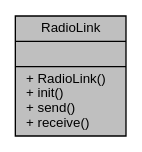
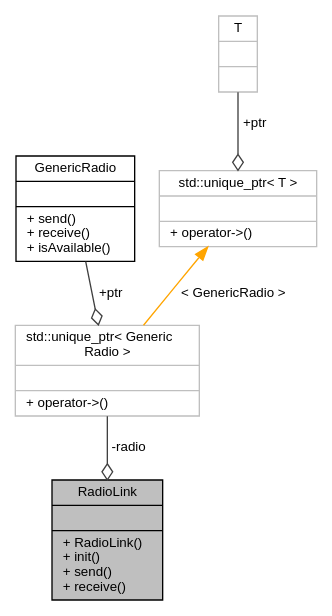
Before and after one commit to RoboJackets/robocup-firmware: the diagram in class_radio_link__coll__graph.dot, drawn with Graphviz. The commit also changed 1115 other files, not shown here.

```diff
--- a/class_radio_link__coll__graph.dot
+++ b/class_radio_link__coll__graph.dot
@@ -1,6 +1,14 @@
 digraph "RadioLink"
 {
   edge [fontname="Helvetica",fontsize="10",labelfontname="Helvetica",labelfontsize="10"];
   node [fontname="Helvetica",fontsize="10",shape=record];
   Node1 [label="{RadioLink\n||+ RadioLink()\l+ init()\l+ send()\l+ receive()\l}",height=0.2,width=0.4,color="black", fillcolor="grey75", style="filled", fontcolor="black"];
+  Node2 -> Node1 [color="grey25",fontsize="10",style="solid",label=" -radio" ,arrowhead="odiamond",fontname="Helvetica"];
+  Node2 [label="{std::unique_ptr\< Generic\lRadio \>\n||+ operator-\>()\l}",height=0.2,width=0.4,color="grey75", fillcolor="white", style="filled"];
+  Node3 -> Node2 [color="grey25",fontsize="10",style="solid",label=" +ptr" ,arrowhead="odiamond",fontname="Helvetica"];
+  Node3 [label="{GenericRadio\n||+ send()\l+ receive()\l+ isAvailable()\l}",height=0.2,width=0.4,color="black", fillcolor="white", style="filled",URL="$class_generic_radio.html"];
+  Node4 -> Node2 [dir="back",color="orange",fontsize="10",style="solid",label=" \< GenericRadio \>" ,fontname="Helvetica"];
+  Node4 [label="{std::unique_ptr\< T \>\n||+ operator-\>()\l}",height=0.2,width=0.4,color="grey75", fillcolor="white", style="filled",tooltip="STL class. "];
+  Node5 -> Node4 [color="grey25",fontsize="10",style="solid",label=" +ptr" ,arrowhead="odiamond",fontname="Helvetica"];
+  Node5 [label="{T\n||}",height=0.2,width=0.4,color="grey75", fillcolor="white", style="filled"];
 }
```
